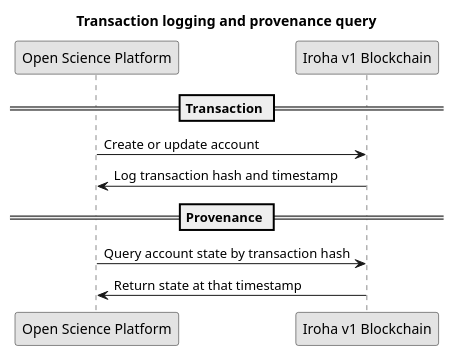
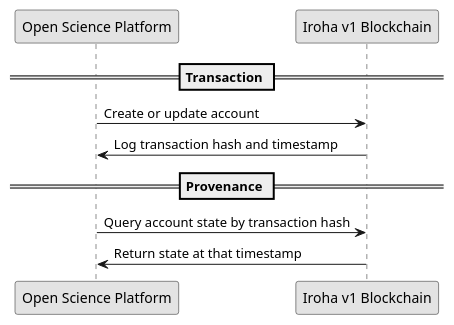
Before and after one commit to OliveiraEdu/d-OSP: the diagram in diagrams/plantUML/provenance_timeline.wsd, drawn with PlantUML. The commit also changed 110 other files, not shown here.

```diff
--- a/diagrams/plantUML/provenance_timeline.wsd
+++ b/diagrams/plantUML/provenance_timeline.wsd
@@ -1,20 +1,20 @@
 @startuml
 
 skinparam monochrome true
 
-title Transaction logging and provenance query
+' title Transaction logging and provenance query
 
 == Transaction ==
 
 participant "Open Science Platform" as Platform
 participant "Iroha v1 Blockchain" as Iroha
 
 Platform -> Iroha: Create or update account
 Iroha -> Platform: Log transaction hash and timestamp
 
 == Provenance ==
 
 Platform -> Iroha: Query account state by transaction hash
 Iroha -> Platform: Return state at that timestamp
 
 @enduml
```
